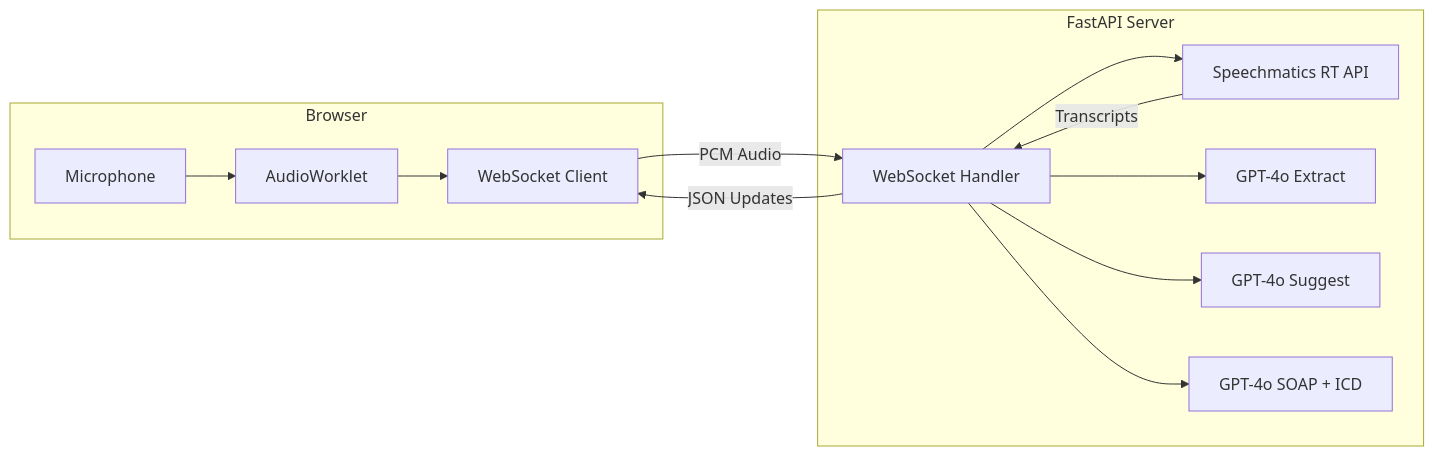
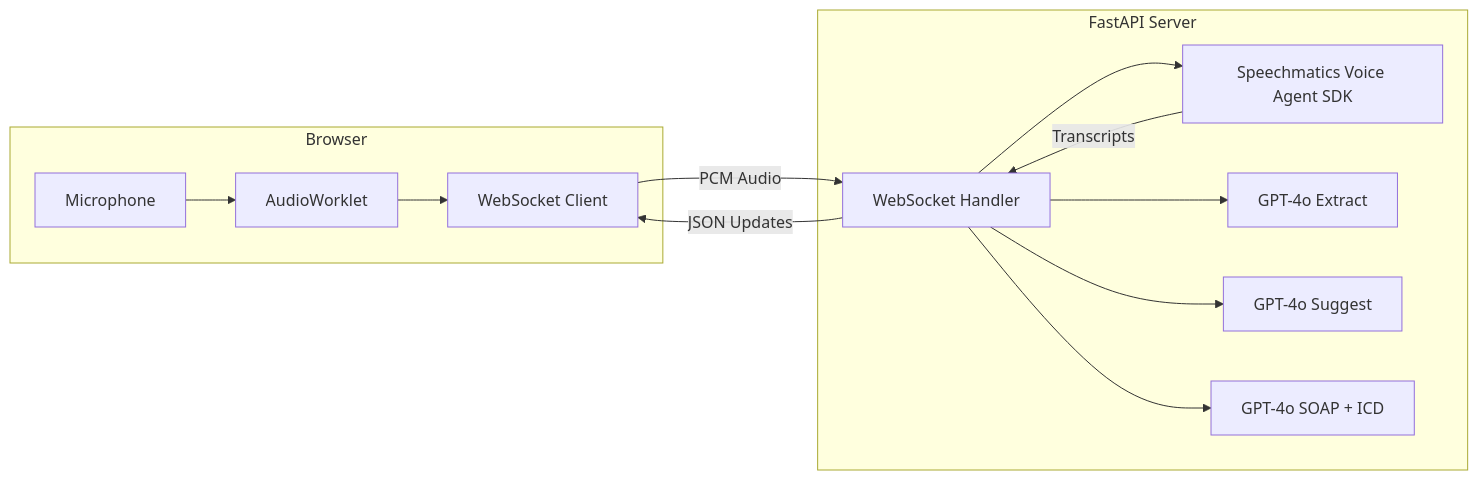
One commit to speechmatics/speechmatics-academy changed the diagram in use-cases/06-medical-assistant/README.md. Above: the diagram before and after it, drawn with Mermaid. The commit also changed other lines of this file and 11 other files, not shown here.

````diff
--- a/use-cases/06-medical-assistant/README.md
+++ b/use-cases/06-medical-assistant/README.md
@@ -80,18 +81,18 @@
 ```mermaid
 flowchart LR
     subgraph Browser
         MIC[Microphone] --> AW[AudioWorklet]
         AW --> WS_CLIENT[WebSocket Client]
     end
 
     subgraph FastAPI Server
-        WS_SERVER[WebSocket Handler] --> SM[Speechmatics RT API]
+        WS_SERVER[WebSocket Handler] --> SM[Speechmatics Voice Agent SDK]
         WS_SERVER --> GPT_EXTRACT[GPT-4o Extract]
         WS_SERVER --> GPT_SUGGEST[GPT-4o Suggest]
         WS_SERVER --> GPT_SOAP[GPT-4o SOAP + ICD]
     end
 
     WS_CLIENT -- PCM Audio --> WS_SERVER
     SM -- Transcripts --> WS_SERVER
     WS_SERVER -- JSON Updates --> WS_CLIENT
 ```
````
